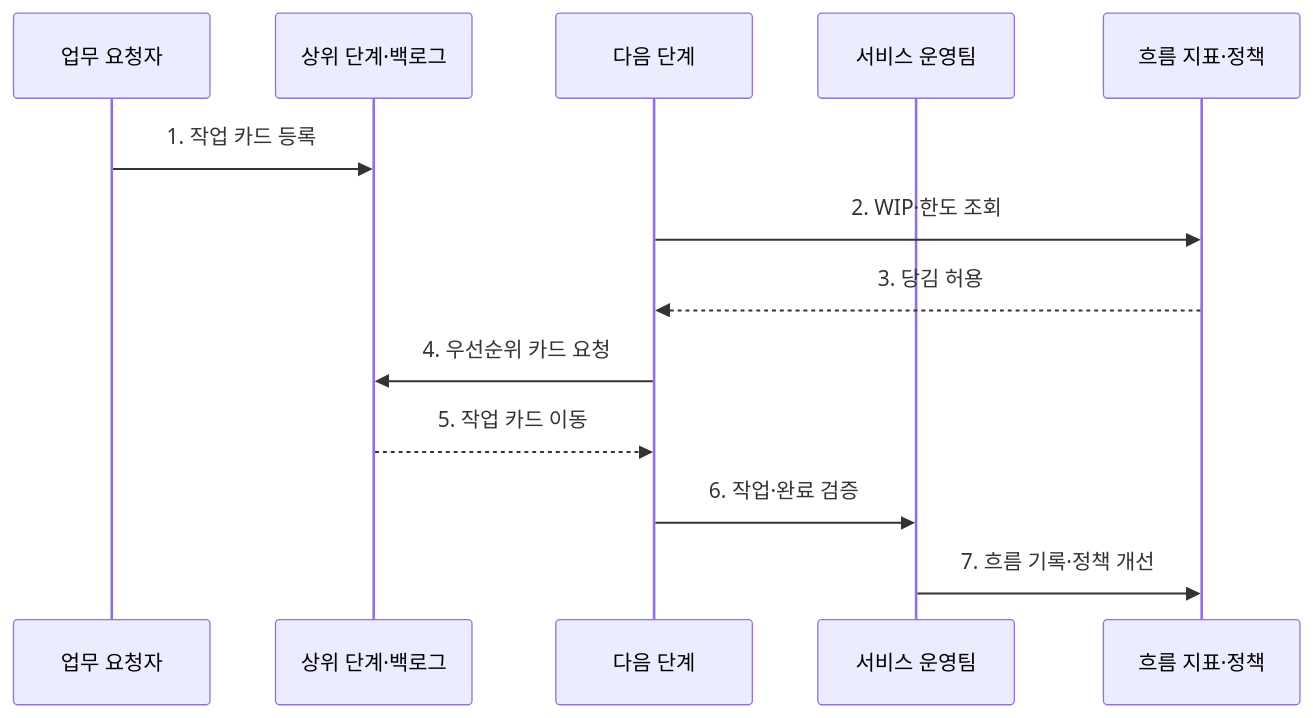
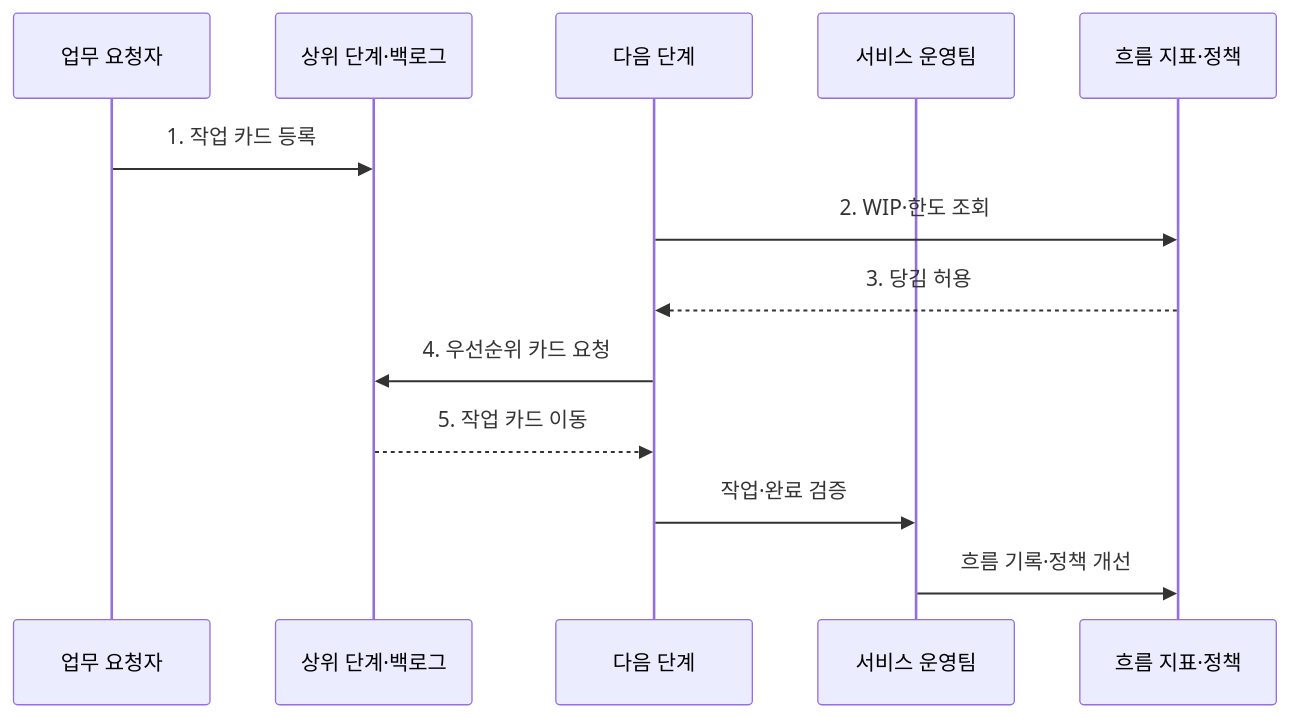
The second of 2 diagrams in src/content/docs/notes/03-software/035_kanban.md (agnusdei1207/knowledge-base), drawn with Mermaid before and after one commit. The commit also changed other lines of this file and 238 other files, not shown here.

````diff
--- a/src/content/docs/notes/03-software/035_kanban.md
+++ b/src/content/docs/notes/03-software/035_kanban.md
@@ -84,15 +90,15 @@
 ```mermaid
 sequenceDiagram
     participant U as 업무 요청자
     participant Q as 상위 단계·백로그
     participant N as 다음 단계
     participant T as 서비스 운영팀
     participant M as 흐름 지표·정책
     U->>Q: 1. 작업 카드 등록
     N->>M: 2. WIP·한도 조회
     M-->>N: 3. 당김 허용
     N->>Q: 4. 우선순위 카드 요청
     Q-->>N: 5. 작업 카드 이동
-    N->>T: 6. 작업·완료 검증
-    T->>M: 7. 흐름 기록·정책 개선
+    N->>T: 작업·완료 검증
+    T->>M: 흐름 기록·정책 개선
 ```
````
